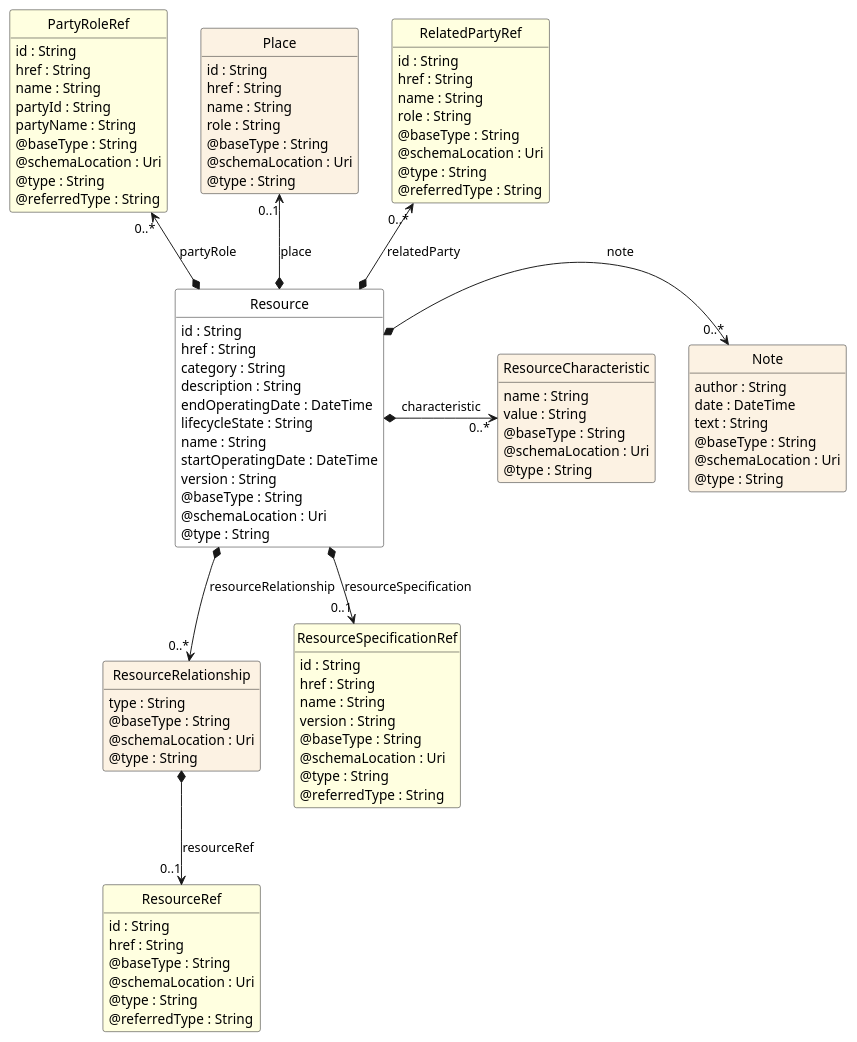
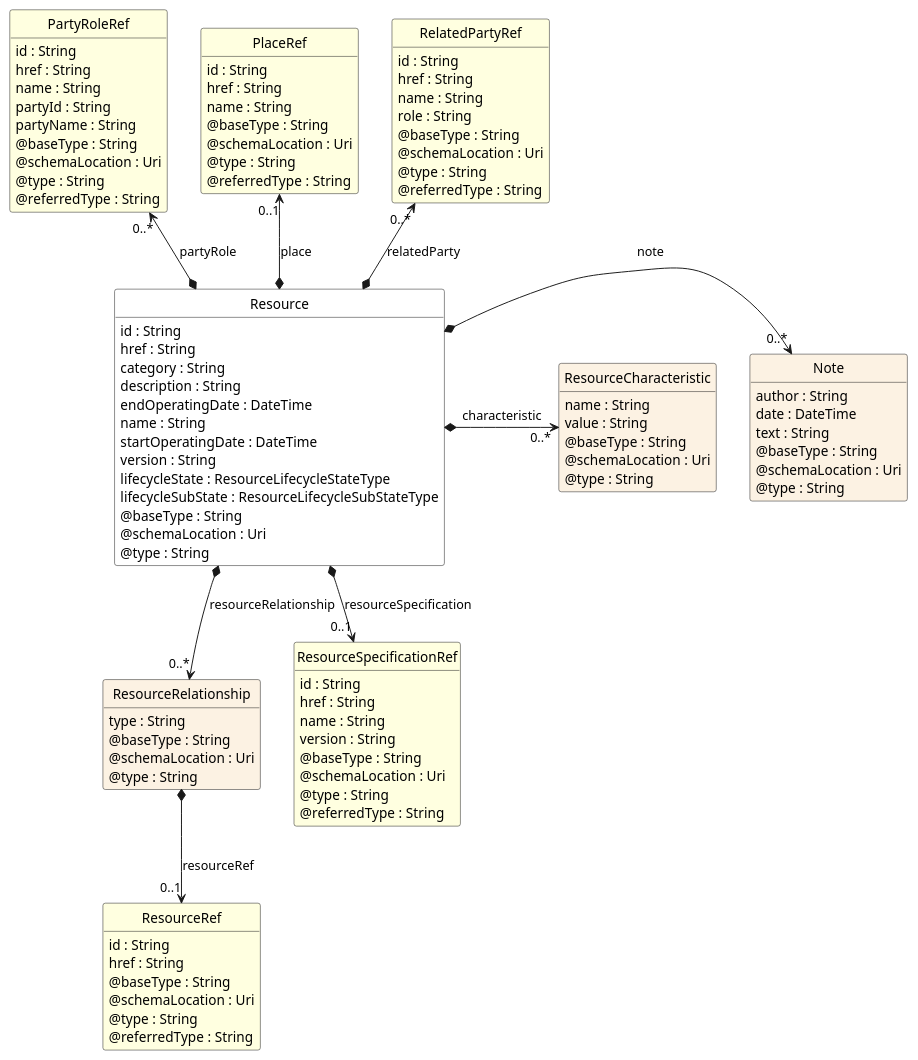
The diagram in documentation/diagrams/Resource_Resource.puml (thobraun11/TMF639_Resource_Inventory), drawn with PlantUML before and after one commit. The commit also changed 11 other files, not shown here.

```diff
--- a/documentation/diagrams/Resource_Resource.puml
+++ b/documentation/diagrams/Resource_Resource.puml
@@ -1,141 +1,142 @@
 @startuml
 hide circle
 hide methods
 hide stereotype
 show <<Enumeration>> stereotype
 skinparam class {
    BackgroundColor<<Enumeration>> #E6F5F7
    BackgroundColor<<Ref>> #FFFFE0
    BackgroundColor<<Pivot>> #FFFFFFF
    BackgroundColor #FCF2E3
 }
 
 class Resource <<Pivot>> {
     id : String
     href : String
     category : String
     description : String
     endOperatingDate : DateTime
-    lifecycleState : String
     name : String
     startOperatingDate : DateTime
     version : String
+    lifecycleState : ResourceLifecycleStateType
+    lifecycleSubState : ResourceLifecycleSubStateType
     @baseType : String
     @schemaLocation : Uri
     @type : String
 }
 
 class ResourceCharacteristic {
     name : String
     value : String
     @baseType : String
     @schemaLocation : Uri
     @type : String
 }
 
 class Note {
     author : String
     date : DateTime
     text : String
     @baseType : String
     @schemaLocation : Uri
     @type : String
 }
 
 class PartyRoleRef <<Ref>> {
     id : String
     href : String
     name : String
     partyId : String
     partyName : String
     @baseType : String
     @schemaLocation : Uri
     @type : String
     @referredType : String
 }
 
-class Place {
+class PlaceRef <<Ref>> {
     id : String
     href : String
     name : String
-    role : String
     @baseType : String
     @schemaLocation : Uri
     @type : String
+    @referredType : String
 }
 
 class RelatedPartyRef <<Ref>> {
     id : String
     href : String
     name : String
     role : String
     @baseType : String
     @schemaLocation : Uri
     @type : String
     @referredType : String
 }
 
 class ResourceRelationship {
     type : String
     @baseType : String
     @schemaLocation : Uri
     @type : String
 }
 
 class ResourceRef <<Ref>> {
     id : String
     href : String
     @baseType : String
     @schemaLocation : Uri
     @type : String
     @referredType : String
 }
 
 class ResourceSpecificationRef <<Ref>> {
     id : String
     href : String
     name : String
     version : String
     @baseType : String
     @schemaLocation : Uri
     @type : String
     @referredType : String
 }
 
 
 'processing edges for Resource
 Note "0..*" <-left-* Resource : note
 ' rule: L01
 Resource *-right-> "0..*" ResourceCharacteristic : characteristic
 ' rule: R03
 PartyRoleRef "0..*" <--* Resource : partyRole
 ' rule: General above rule - direction: right
-Place "0..1" <--* Resource : place
+PlaceRef "0..1" <--* Resource : place
 ' rule: General above rule - direction: right
 RelatedPartyRef "0..*" <--* Resource : relatedParty
 ' rule: General above rule - direction: right
 Resource *-->  "0..*" ResourceRelationship : resourceRelationship
 ' rule: General below rule - either none already or unable to place left / right of currently placed
 Resource *-->  "0..1" ResourceSpecificationRef : resourceSpecification
 ' rule: General below rule - either none already or unable to place left / right of currently placed
 'completed processing of edges for Resource
 
 'processing edges for ResourceCharacteristic
 
 'processing edges for Note
 
 'processing edges for PartyRoleRef
 
-'processing edges for Place
+'processing edges for PlaceRef
 
 'processing edges for RelatedPartyRef
 
 'processing edges for ResourceRelationship
 ResourceRelationship *-->  "0..1" ResourceRef : resourceRef
 ' rule: General below rule - either none already or unable to place left / right of currently placed
 'completed processing of edges for ResourceRelationship
 
 'processing edges for ResourceRef
 
 'processing edges for ResourceSpecificationRef
 @enduml
```
